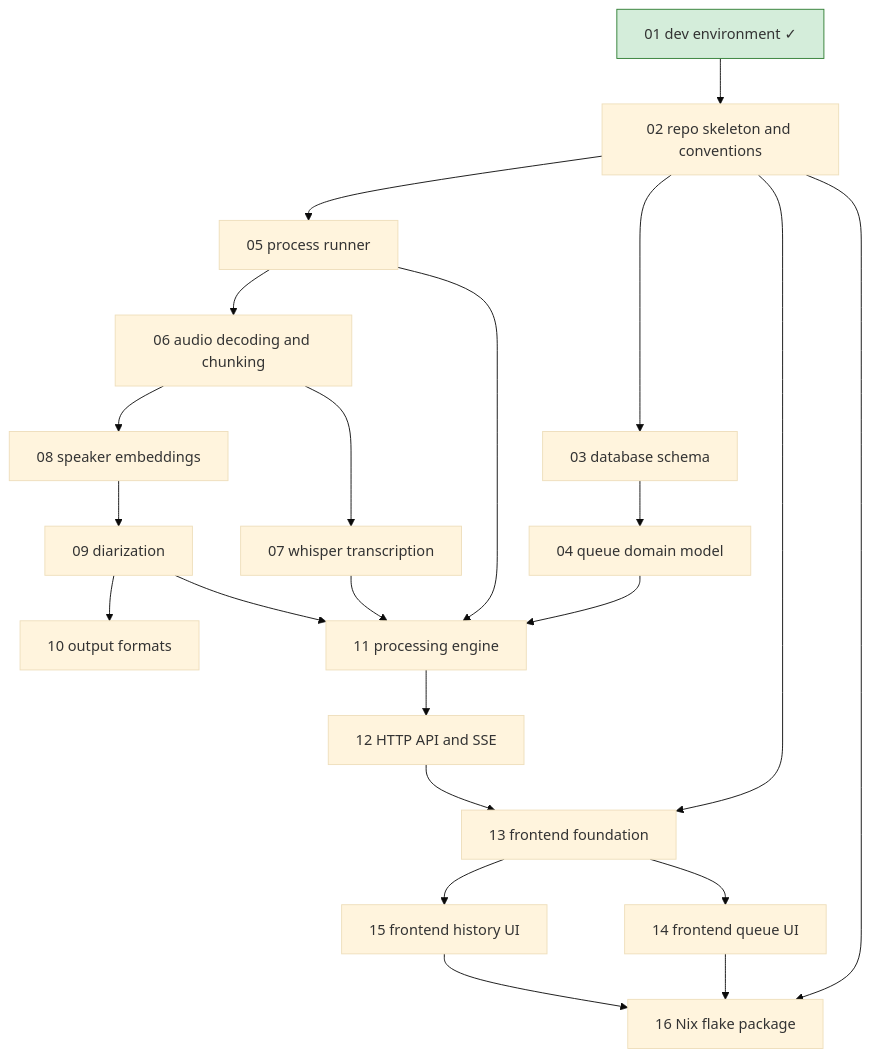
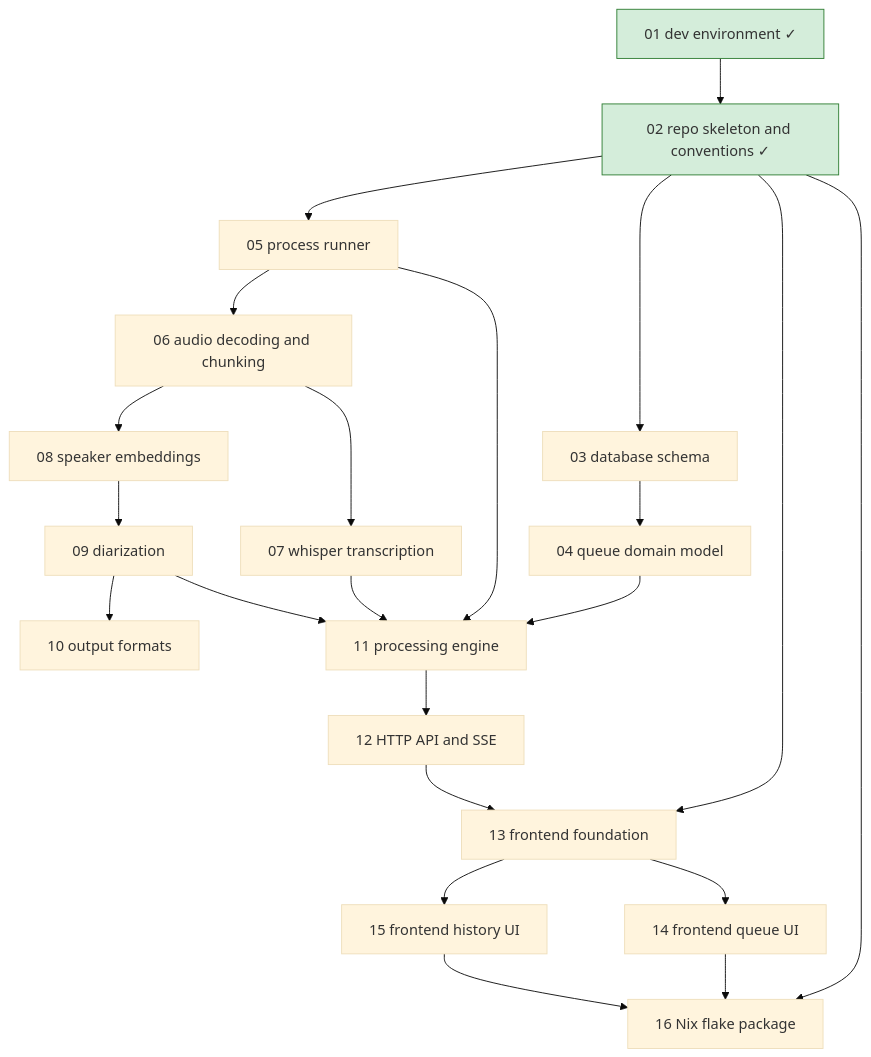
Before and after one commit to lulu-berlin/speech-to-text-app: the diagram in roadmap/README.md, drawn with Mermaid (base theme). The commit also changed other lines of this file and 8 other files, not shown here.

Commit message:
Complete roadmap item 02: move spec to docs/specs/repo-skeleton-and-conventions.md

````diff
--- a/roadmap/README.md
+++ b/roadmap/README.md
@@ -17,25 +17,25 @@
 ```mermaid
 graph TD
-  01[01 dev environment ✓]:::done --> 02[02 repo skeleton and conventions]
+  01[01 dev environment ✓]:::done --> 02[02 repo skeleton and conventions ✓]:::done
   02 --> 03[03 database schema]
   03 --> 04[04 queue domain model]
   02 --> 05[05 process runner]
   05 --> 06[06 audio decoding and chunking]
   06 --> 07[07 whisper transcription]
   06 --> 08[08 speaker embeddings]
   08 --> 09[09 diarization]
   09 --> 10[10 output formats]
   04 --> 11[11 processing engine]
   05 --> 11
   07 --> 11
   09 --> 11
   11 --> 12[12 HTTP API and SSE]
   02 --> 13[13 frontend foundation]
   12 --> 13
   13 --> 14[14 frontend queue UI]
   13 --> 15[15 frontend history UI]
   02 --> 16[16 Nix flake package]
   14 --> 16
   15 --> 16
   classDef done fill:#d4edda,stroke:#2e7d32
 ```
````
